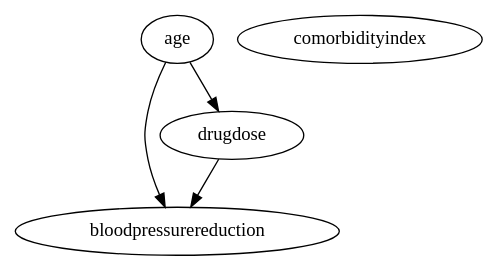
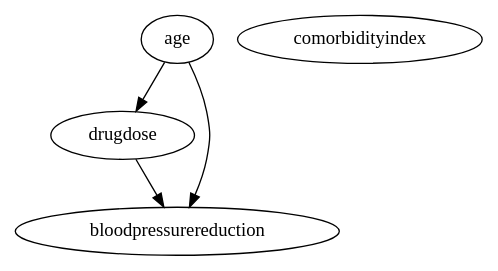
One commit to wigglypint/thesis changed the diagram in recidivism-causal/results/graphs_ReX/rex__cardio_trial.dot. Above: the diagram before and after it, drawn with Graphviz. The commit also changed other lines of this file and 1179 other files, not shown here.

```diff
--- a/recidivism-causal/results/graphs_ReX/rex__cardio_trial.dot
+++ b/recidivism-causal/results/graphs_ReX/rex__cardio_trial.dot
@@ -1,9 +1,9 @@
 strict digraph {
+age;
+drugdose;
+comorbidityindex;
 bloodpressurereduction;
-age;
-comorbidityindex;
-drugdose;
 age -> drugdose;
 age -> bloodpressurereduction;
 drugdose -> bloodpressurereduction;
 }
```
